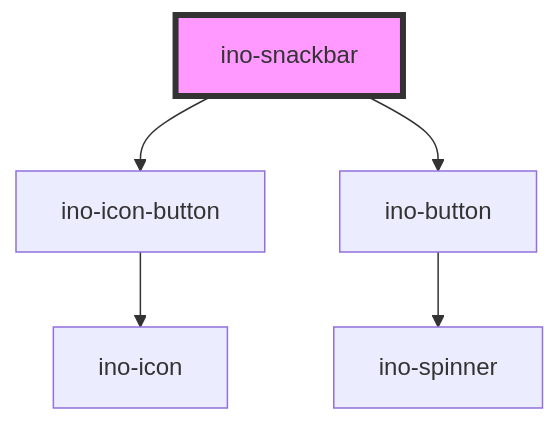
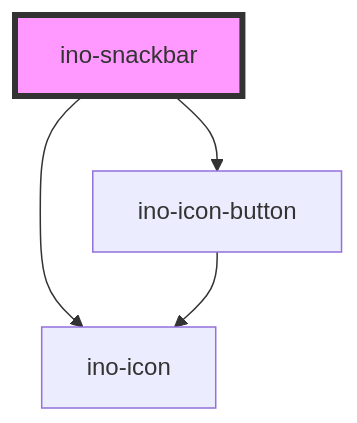
The diagram in packages/elements/src/components/ino-snackbar/readme.md (inovex/elements), drawn with Mermaid before and after one commit. The commit also changed other lines of this file and 15 other files, not shown here.

First line of the commit message:
feat(elements|ino-snackbar): rework snackbar (#431)

````diff
--- a/packages/elements/src/components/ino-snackbar/readme.md
+++ b/packages/elements/src/components/ino-snackbar/readme.md
@@ -122,8 +130,7 @@
 ```mermaid
 graph TD;
+  ino-snackbar --> ino-icon
   ino-snackbar --> ino-icon-button
-  ino-snackbar --> ino-button
   ino-icon-button --> ino-icon
-  ino-button --> ino-spinner
   style ino-snackbar fill:#f9f,stroke:#333,stroke-width:4px
 ```
````
